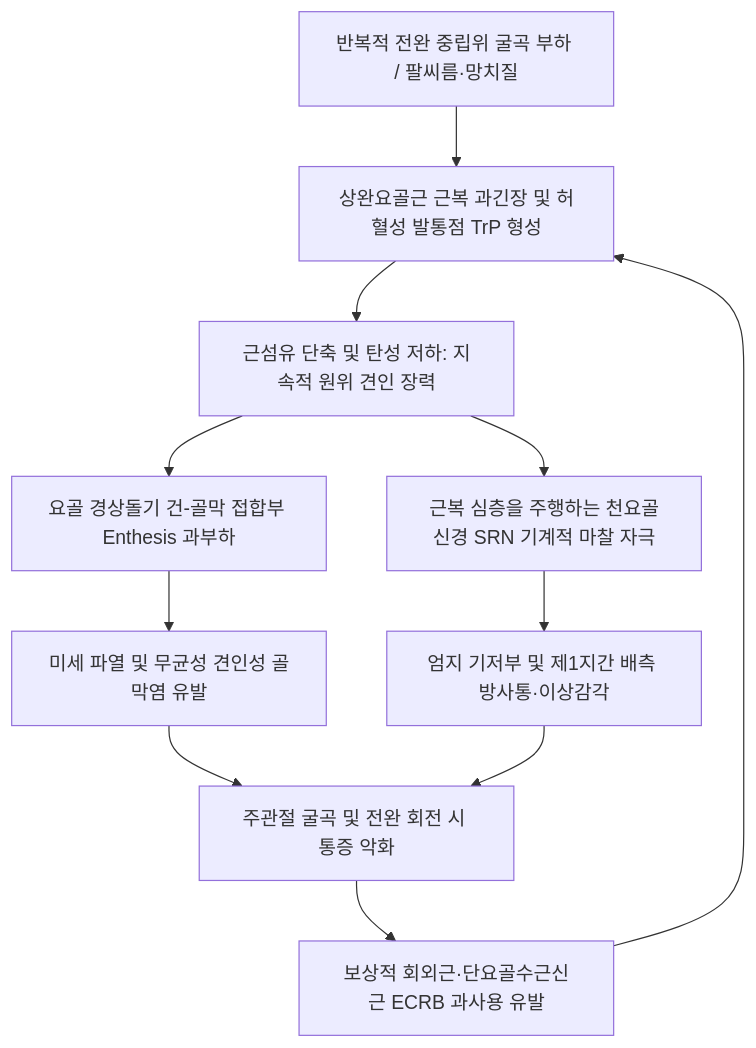
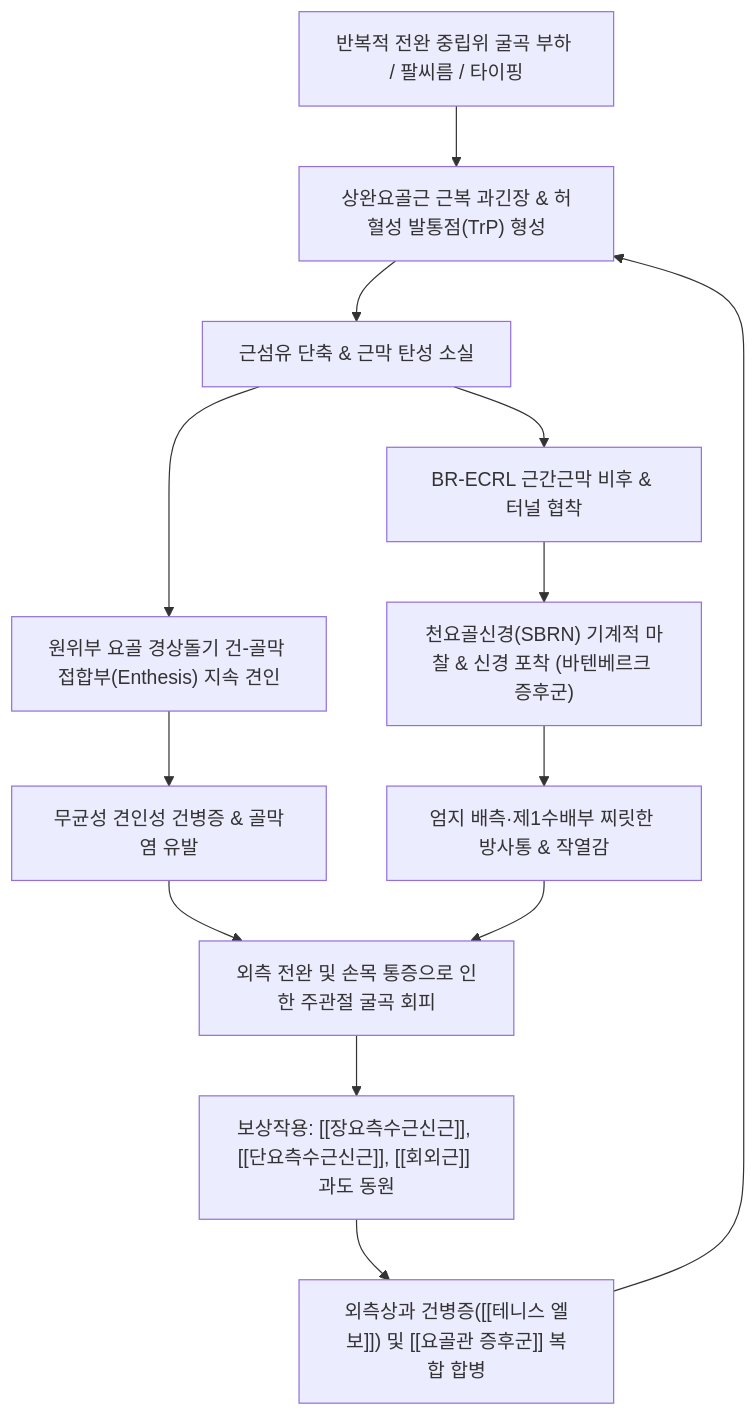
The diagram in content/3. 이론 공부/질환/근골격계 질환/상지/상완요골근 증후군.md (simbio11/simbio-digital-garden2), drawn with Mermaid before and after one commit. The commit also changed other lines of this file and 44 other files, not shown here.

````diff
--- a/content/3. 이론 공부/질환/근골격계 질환/상지/상완요골근 증후군.md
+++ b/content/3. 이론 공부/질환/근골격계 질환/상지/상완요골근 증후군.md
@@ -62,13 +175,15 @@
 ```mermaid
 graph TD
-    A[반복적 전완 중립위 굴곡 부하 / 팔씨름·망치질] --> B[상완요골근 근복 과긴장 및 허혈성 발통점 TrP 형성]
-    B --> C[근섬유 단축 및 탄성 저하: 지속적 원위 견인 장력]
-    C --> D[요골 경상돌기 건-골막 접합부 Enthesis 과부하]
-    D --> E[미세 파열 및 무균성 견인성 골막염 유발]
-    C --> F[근복 심층을 주행하는 천요골신경 SRN 기계적 마찰 자극]
-    F --> G[엄지 기저부 및 제1지간 배측 방사통·이상감각]
-    E --> H[주관절 굴곡 및 전완 회전 시 통증 악화]
-    G --> H
-    H --> I[보상적 회외근·단요골수근신근 ECRB 과사용 유발]
-    I --> B
+    A["반복적 전완 중립위 굴곡 부하 / 팔씨름 / 타이핑"] --> B["상완요골근 근복 과긴장 & 허혈성 발통점(TrP) 형성"]
+    B --> C["근섬유 단축 & 근막 탄성 소실"]
+    C --> D["원위부 요골 경상돌기 건-골막 접합부(Enthesis) 지속 견인"]
+    D --> E["무균성 견인성 건병증 & 골막염 유발"]
+    C --> F["BR-ECRL 근간근막 비후 & 터널 협착"]
+    F --> G["천요골신경(SBRN) 기계적 마찰 & 신경 포착 (바텐베르크 증후군)"]
+    G --> H["엄지 배측·제1수배부 찌릿한 방사통 & 작열감"]
+    E --> I["외측 전완 및 손목 통증으로 인한 주관절 굴곡 회피"]
+    H --> I
+    I --> J["보상작용: [[장요측수근신근]], [[단요측수근신근]], [[회외근]] 과도 동원"]
+    J --> K["외측상과 건병증([[테니스 엘보]]) 및 [[요골관 증후군]] 복합 합병"]
+    K --> B
 ```
````
